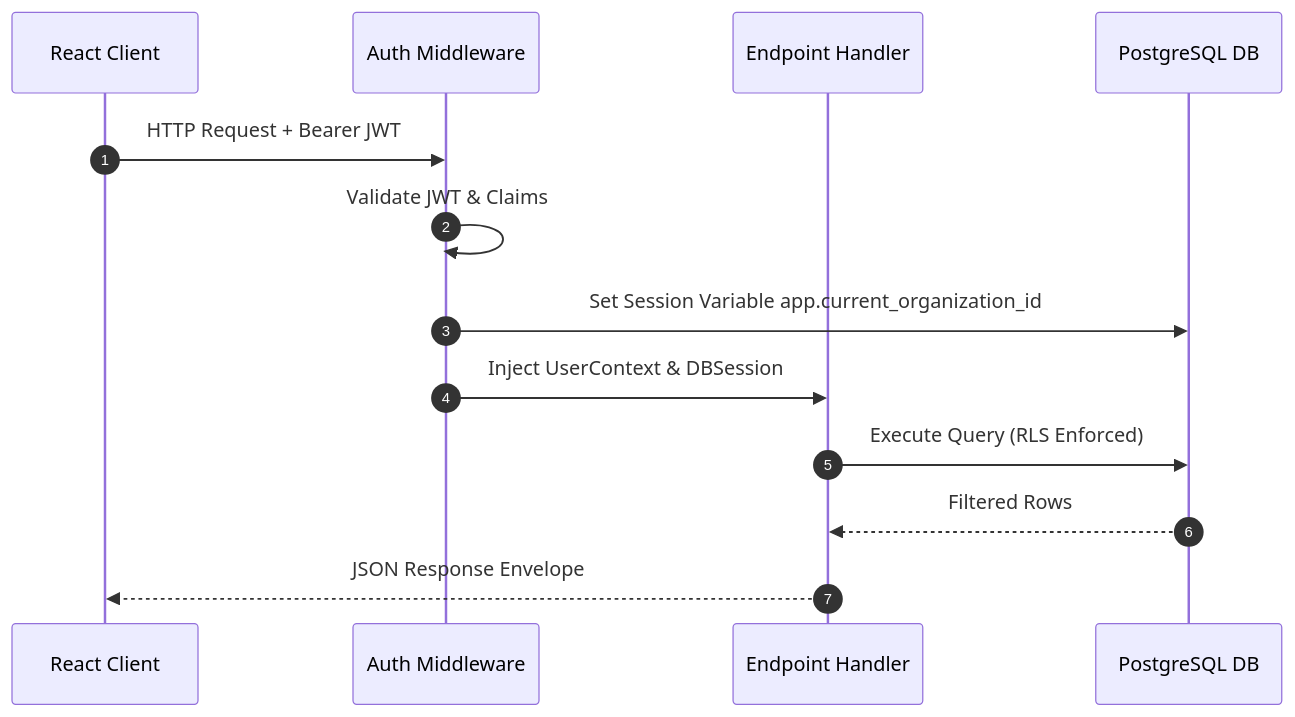
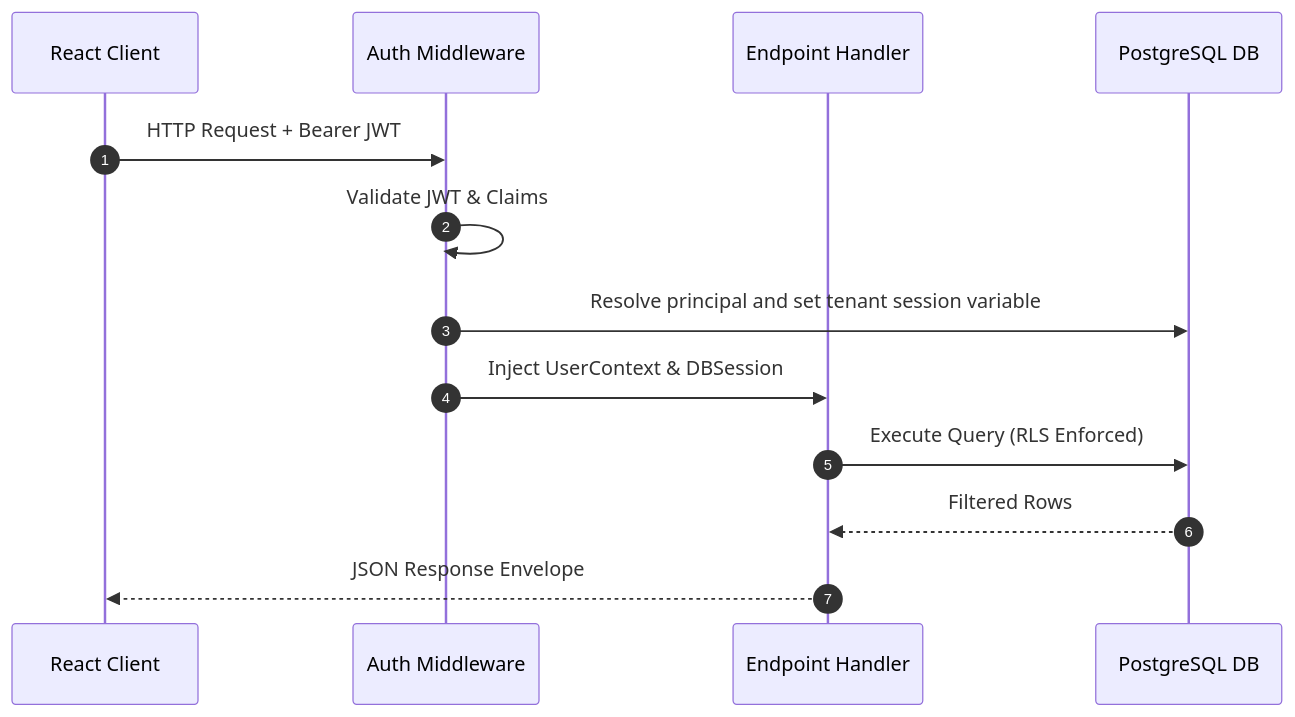
The diagram in documentation/01_system_architecture/RUNTIME_FLOWS.md (ORIOP25/Cronos), drawn with Mermaid before and after one commit. The commit also changed other lines of this file and 35 other files, not shown here.

````diff
--- a/documentation/01_system_architecture/RUNTIME_FLOWS.md
+++ b/documentation/01_system_architecture/RUNTIME_FLOWS.md
@@ -17,16 +17,16 @@
 ```mermaid
 sequenceDiagram
     autonumber
     participant Client as React Client
     participant Auth as Auth Middleware
     participant API as Endpoint Handler
     participant DB as PostgreSQL DB
 
     Client->>Auth: HTTP Request + Bearer JWT
     Auth->>Auth: Validate JWT & Claims
-    Auth->>DB: Set Session Variable app.current_organization_id
+    Auth->>DB: Resolve principal and set tenant session variable
     Auth->>API: Inject UserContext & DBSession
     API->>DB: Execute Query (RLS Enforced)
     DB-->>API: Filtered Rows
     API-->>Client: JSON Response Envelope
 ```
````
